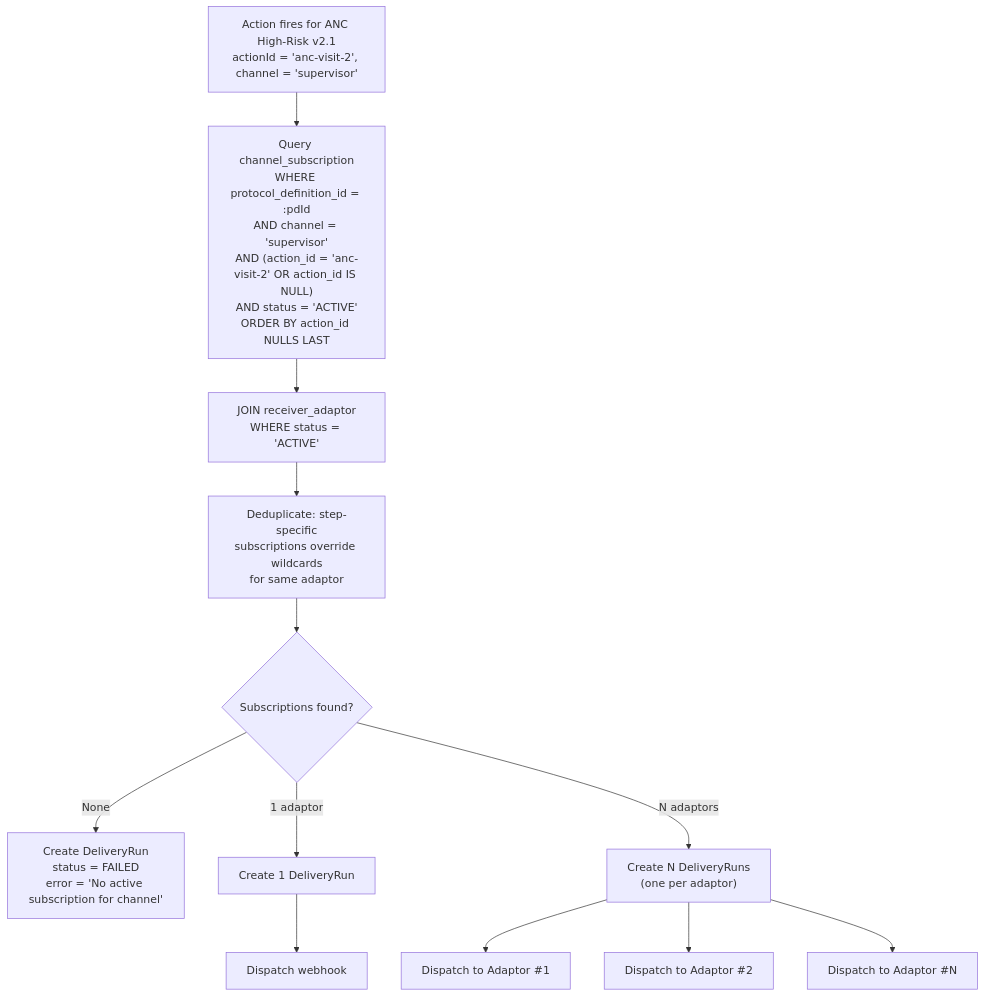
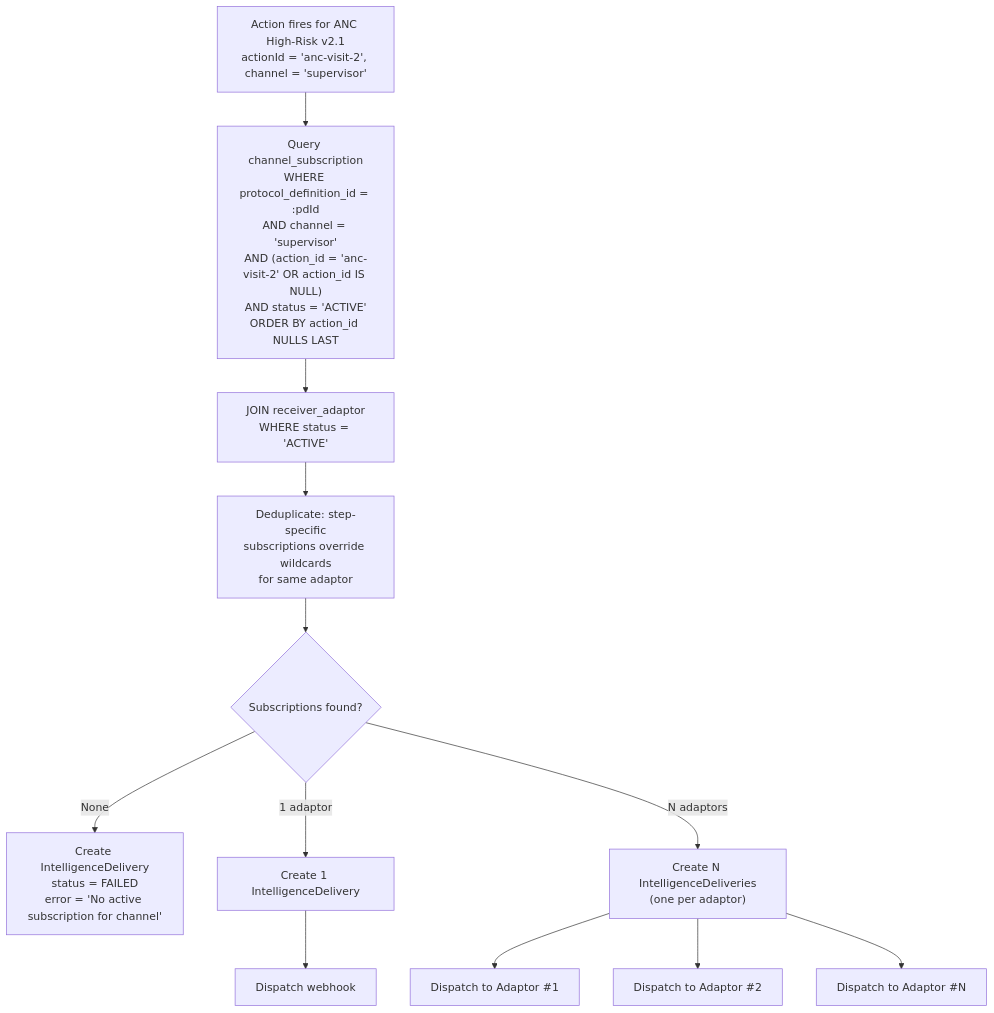
The third of 13 diagrams in docs/flow-diagrams.md (Jayaprakash8887/cce-intelligence-service), drawn with Mermaid before and after one commit. The commit also changed other lines of this file and 6 other files, not shown here.

First line of the commit message:
refactor: rename delivery_run and related entities to intelligence_delivery

````diff
--- a/docs/flow-diagrams.md
+++ b/docs/flow-diagrams.md
@@ -115,16 +115,16 @@
 ```mermaid
 flowchart TD
     ACTION["Action fires for ANC High-Risk v2.1<br/>actionId = 'anc-visit-2', channel = 'supervisor'"] --> QUERY["Query channel_subscription<br/>WHERE protocol_definition_id = :pdId<br/>AND channel = 'supervisor'<br/>AND (action_id = 'anc-visit-2' OR action_id IS NULL)<br/>AND status = 'ACTIVE'<br/>ORDER BY action_id NULLS LAST"]
     QUERY --> JOIN["JOIN receiver_adaptor<br/>WHERE status = 'ACTIVE'"]
     JOIN --> DEDUP["Deduplicate: step-specific<br/>subscriptions override wildcards<br/>for same adaptor"]
     DEDUP --> RESULT{Subscriptions found?}
 
-    RESULT -->|None| FAIL["Create DeliveryRun<br/>status = FAILED<br/>error = 'No active subscription for channel'"]
-    RESULT -->|1 adaptor| SINGLE["Create 1 DeliveryRun"]
-    RESULT -->|N adaptors| FANOUT["Create N DeliveryRuns<br/>(one per adaptor)"]
+    RESULT -->|None| FAIL["Create IntelligenceDelivery<br/>status = FAILED<br/>error = 'No active subscription for channel'"]
+    RESULT -->|1 adaptor| SINGLE["Create 1 IntelligenceDelivery"]
+    RESULT -->|N adaptors| FANOUT["Create N IntelligenceDeliveries<br/>(one per adaptor)"]
 
     SINGLE --> DISPATCH["Dispatch webhook"]
     FANOUT --> D1["Dispatch to Adaptor #1"]
     FANOUT --> D2["Dispatch to Adaptor #2"]
     FANOUT --> DN["Dispatch to Adaptor #N"]
 ```
````
